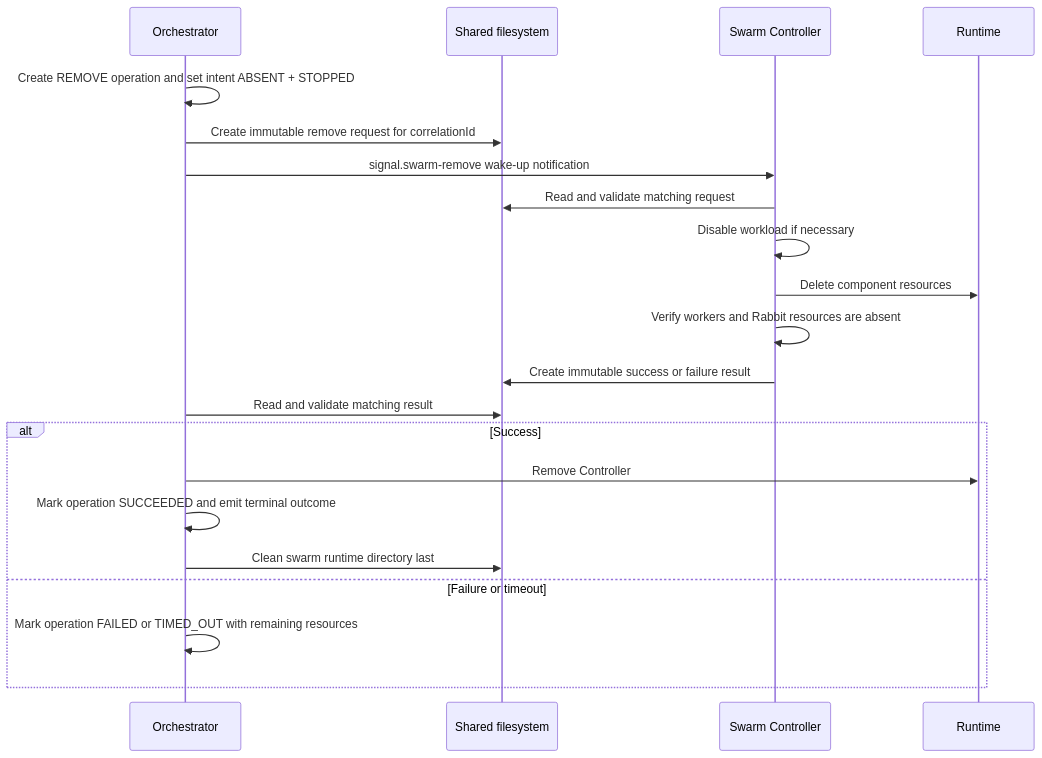
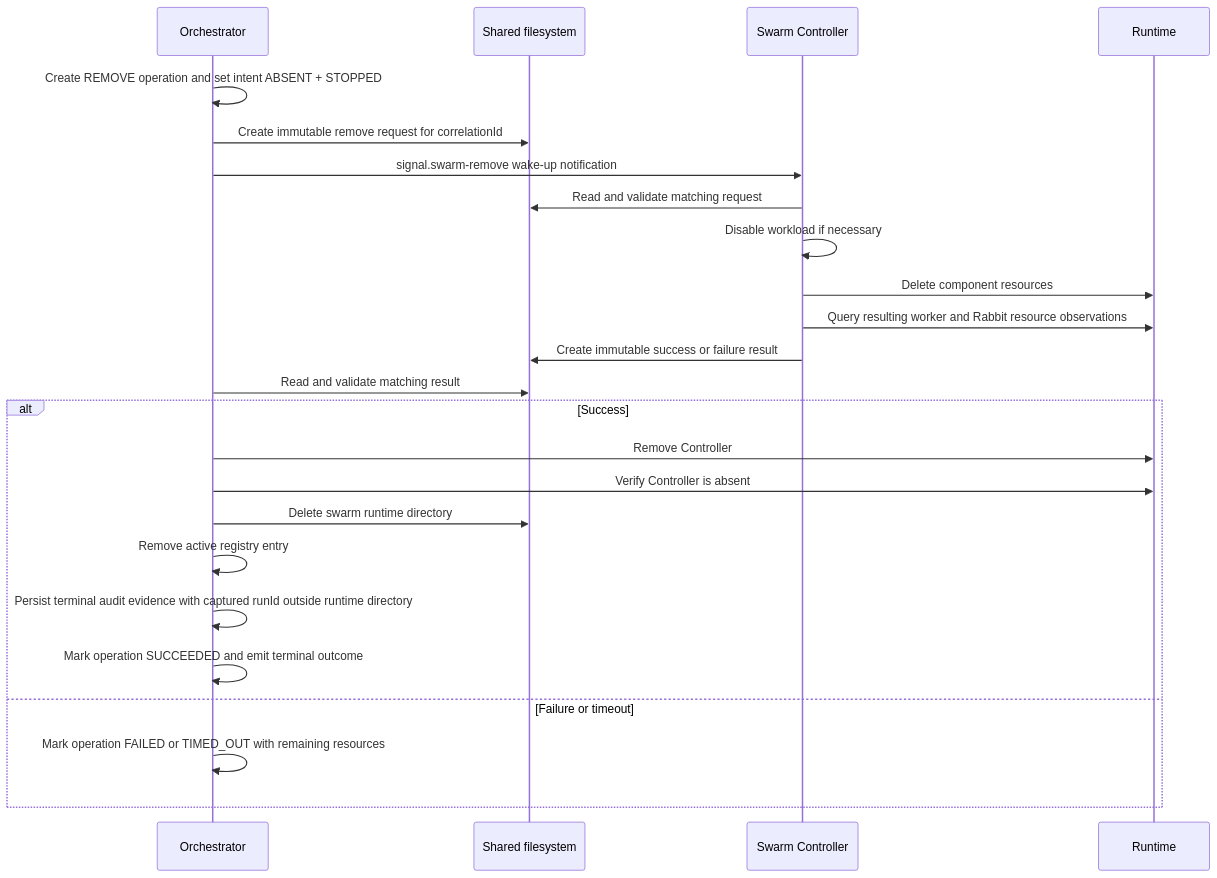
The fifth of 6 diagrams in docs/ARCHITECTURE.md (sepa79/PocketHive), drawn with Mermaid before and after one commit. The commit also changed other lines of this file and 184 other files, not shown here.

````diff
--- a/docs/ARCHITECTURE.md
+++ b/docs/ARCHITECTURE.md
@@ -681,24 +768,27 @@
 ```mermaid
 sequenceDiagram
   participant QN as Orchestrator
   participant FS as Shared filesystem
   participant MSH as Swarm Controller
   participant RT as Runtime
 
   QN->>QN: Create REMOVE operation and set intent ABSENT + STOPPED
   QN->>FS: Create immutable remove request for correlationId
   QN->>MSH: signal.swarm-remove wake-up notification
   MSH->>FS: Read and validate matching request
   MSH->>MSH: Disable workload if necessary
   MSH->>RT: Delete component resources
-  MSH->>MSH: Verify workers and Rabbit resources are absent
+  MSH->>RT: Query resulting worker and Rabbit resource observations
   MSH->>FS: Create immutable success or failure result
   QN->>FS: Read and validate matching result
   alt Success
     QN->>RT: Remove Controller
+    QN->>RT: Verify Controller is absent
+    QN->>FS: Delete swarm runtime directory
+    QN->>QN: Remove active registry entry
+    QN->>QN: Persist terminal audit evidence with captured runId outside runtime directory
     QN->>QN: Mark operation SUCCEEDED and emit terminal outcome
-    QN->>FS: Clean swarm runtime directory last
   else Failure or timeout
     QN->>QN: Mark operation FAILED or TIMED_OUT with remaining resources
   end
 ```
````
